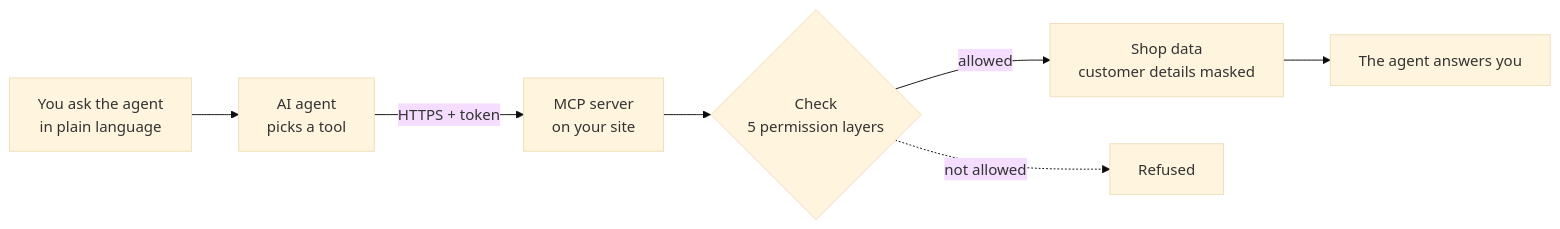
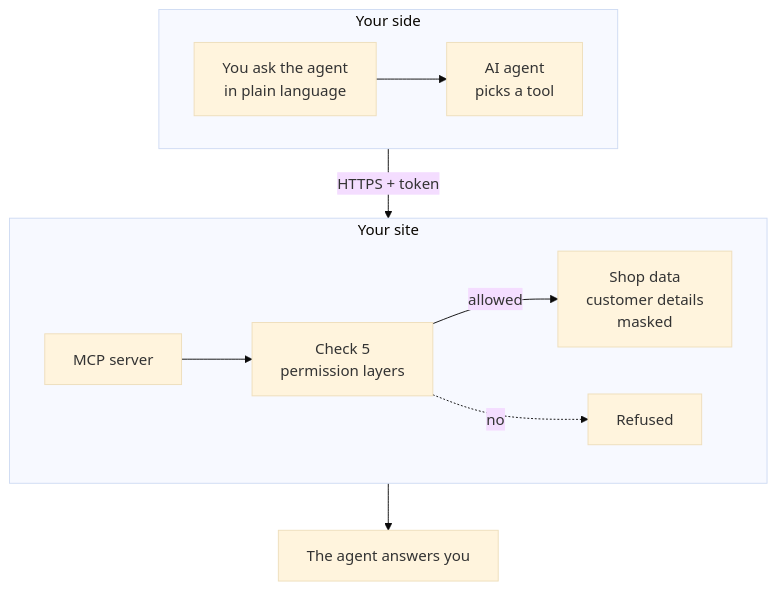
Before and after one commit to gp247net/gp247-docs: the first of 2 diagrams in mcp/mcp-introduction.md, drawn with Mermaid (base theme). The commit also changed other lines of this file and 44 other files, not shown here.

First line of the commit message:
docs: redraw oversized diagrams in security, API and MCP docs (vi/en/ja)

````diff
--- a/mcp/mcp-introduction.md
+++ b/mcp/mcp-introduction.md
@@ -23,9 +23,15 @@
 ```mermaid
-flowchart LR
-    U["You ask the agent<br/>in plain language"] --> A["AI agent<br/>picks a tool"]
-    A -->|"HTTPS + token"| M["MCP server<br/>on your site"]
-    M --> G{"Check<br/>5 permission layers"}
-    G -->|"allowed"| D["Shop data<br/>customer details masked"]
-    G -.->|"not allowed"| X["Refused"]
-    D --> R["The agent answers you"]
+flowchart TB
+    subgraph Y["Your side"]
+        direction LR
+        U["You ask the agent<br/>in plain language"] --> A["AI agent<br/>picks a tool"]
+    end
+    subgraph S["Your site"]
+        direction LR
+        M["MCP server"] --> G["Check 5<br/>permission layers"]
+        G -->|"allowed"| D["Shop data<br/>customer details<br/>masked"]
+        G -.->|"no"| X["Refused"]
+    end
+    Y -->|"HTTPS + token"| S
+    S --> R["The agent answers you"]
 ```
````
